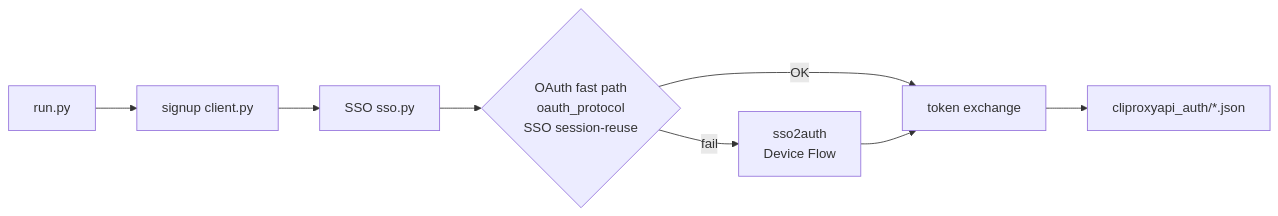
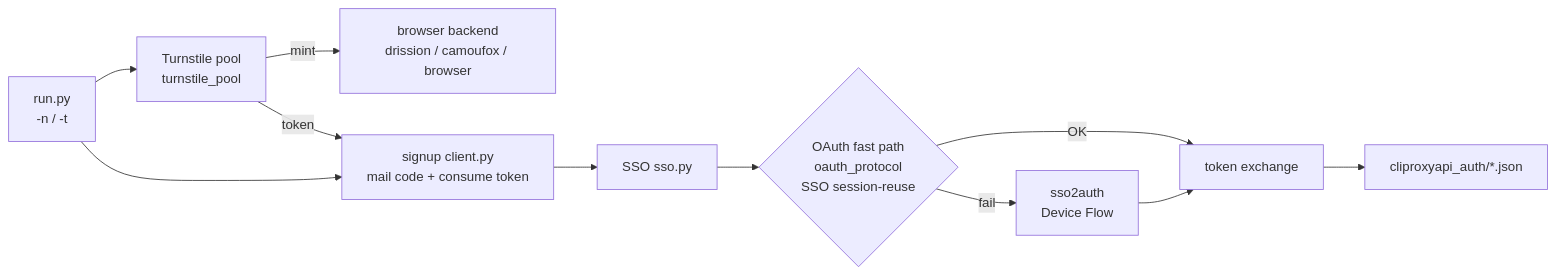
One commit to starlight02/grok-build-auth changed the diagram in README.en.md. Above: the diagram before and after it, drawn with Mermaid. The commit also changed other lines of this file and 9 other files, not shown here.

Commit message:
feat(turnstile): default demand-driven token pool with warm-page mint

````diff
--- a/README.en.md
+++ b/README.en.md
@@ -67,10 +68,13 @@
 ```mermaid
 flowchart LR
-    A[run.py] --> B[signup client.py]
+    A[run.py<br/>-n / -t] --> P[Turnstile pool<br/>turnstile_pool]
+    P -->|mint| S[browser backend<br/>drission / camoufox / browser]
+    A --> B[signup client.py<br/>mail code + consume token]
+    P -->|token| B
     B --> C[SSO sso.py]
     C --> D{OAuth fast path<br/>oauth_protocol<br/>SSO session-reuse}
     D -->|OK| E[token exchange]
     D -->|fail| F[sso2auth<br/>Device Flow]
     F --> E
     E --> G[cliproxyapi_auth/*.json]
 ```
````
